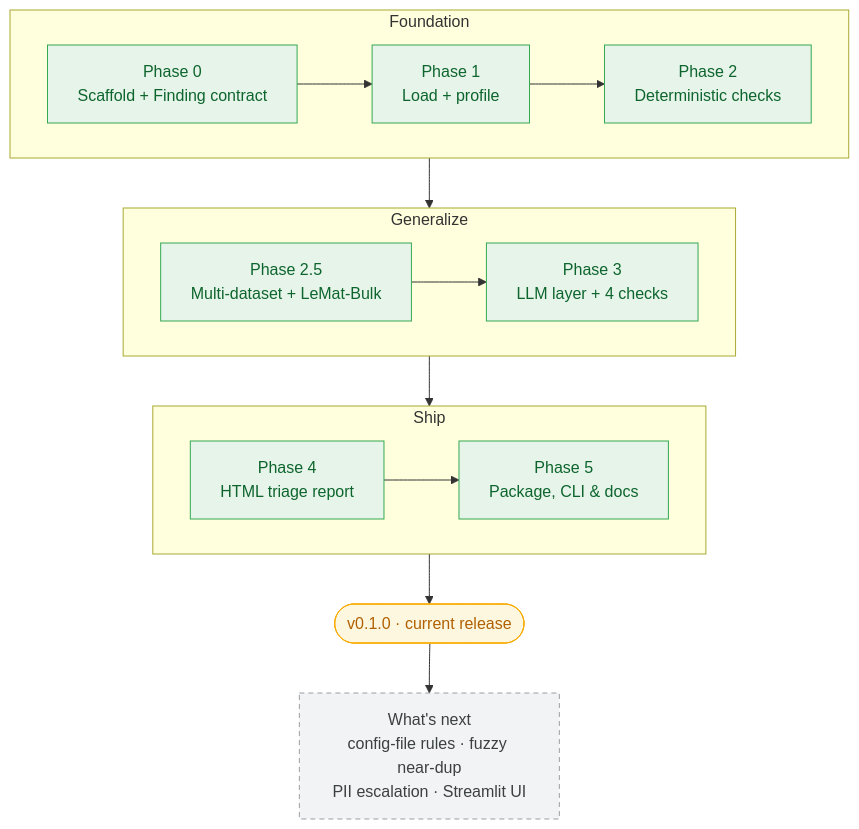
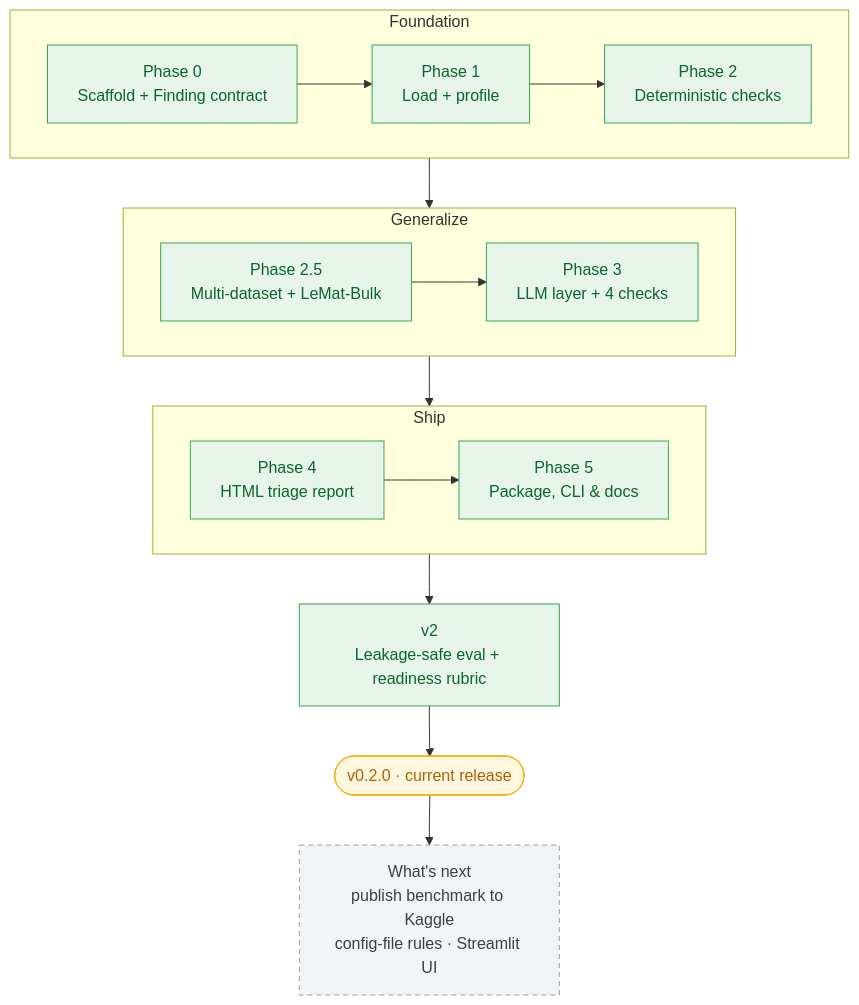
Before and after one commit to AmandineFlachs/dataset-auditor: the diagram in README.md, drawn with Mermaid. The commit also changed other lines of this file and 3 other files, not shown here.

First line of the commit message:
docs: ship v0.2.0 (leakage-safe eval + readiness rubric); Kaggle next

````diff
--- a/README.md
+++ b/README.md
@@ -178,23 +179,23 @@
 ```mermaid
 flowchart TB
     subgraph F ["Foundation"]
         direction LR
         P0["Phase 0<br/>Scaffold + Finding contract"] --> P1["Phase 1<br/>Load + profile"] --> P2["Phase 2<br/>Deterministic checks"]
     end
     subgraph G ["Generalize"]
         direction LR
         P25["Phase 2.5<br/>Multi-dataset + LeMat-Bulk"] --> P3["Phase 3<br/>LLM layer + 4 checks"]
     end
     subgraph S ["Ship"]
         direction LR
         P4["Phase 4<br/>HTML triage report"] --> P5["Phase 5<br/>Package, CLI &amp; docs"]
     end
-    F --> G --> S --> REL(["v0.1.0 · current release"]) --> N["What's next<br/>config-file rules · fuzzy near-dup<br/>PII escalation · Streamlit UI"]
+    F --> G --> S --> EV["v2<br/>Leakage-safe eval + readiness rubric"] --> REL(["v0.2.0 · current release"]) --> N["What's next<br/>publish benchmark to Kaggle<br/>config-file rules · Streamlit UI"]
 
     classDef done fill:#e6f4ea,stroke:#34a853,color:#0d652d;
     classDef rel fill:#fef7e0,stroke:#f9ab00,color:#b06000;
     classDef next fill:#f1f3f4,stroke:#9aa0a6,color:#3c4043,stroke-dasharray:5 4;
-    class P0,P1,P2,P25,P3,P4,P5 done
+    class P0,P1,P2,P25,P3,P4,P5,EV done
     class REL rel
     class N next
 ```
````
